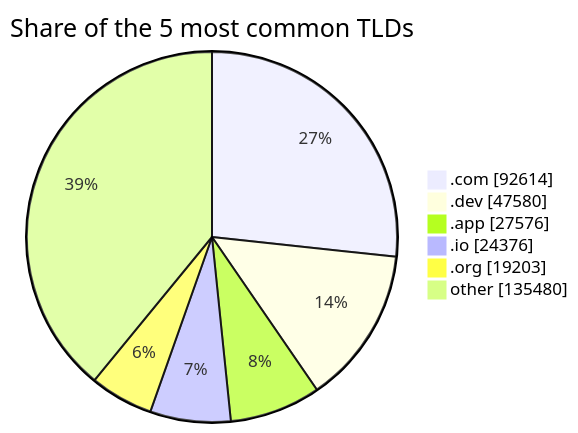
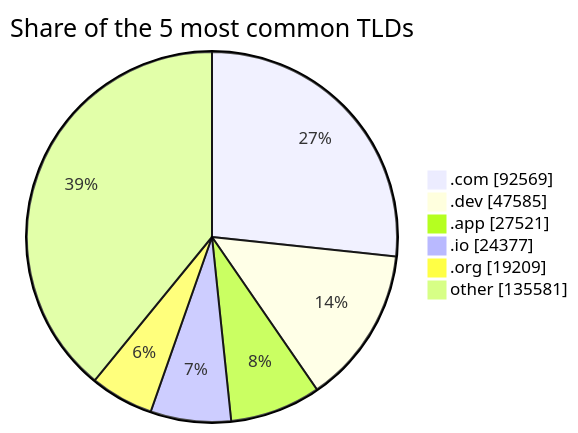
Before and after one commit to DNSBunker/CTI: the third of 3 diagrams in README.md, drawn with Mermaid. The commit also changed other lines of this file and 3 other files, not shown here.

````diff
--- a/README.md
+++ b/README.md
@@ -81,9 +81,9 @@
 ```mermaid
 pie showData title Share of the 5 most common TLDs
-    ".com" : 92614
-    ".dev" : 47580
-    ".app" : 27576
-    ".io" : 24376
-    ".org" : 19203
-    "other" : 135480
+    ".com" : 92569
+    ".dev" : 47585
+    ".app" : 27521
+    ".io" : 24377
+    ".org" : 19209
+    "other" : 135581
 ```
````
